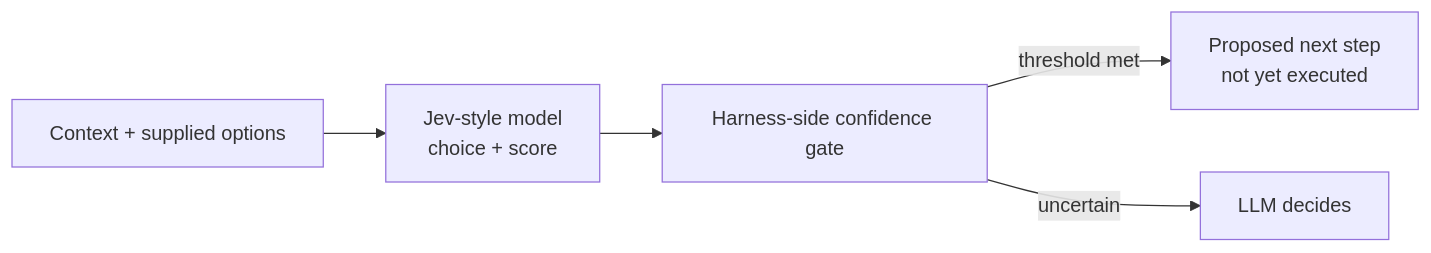
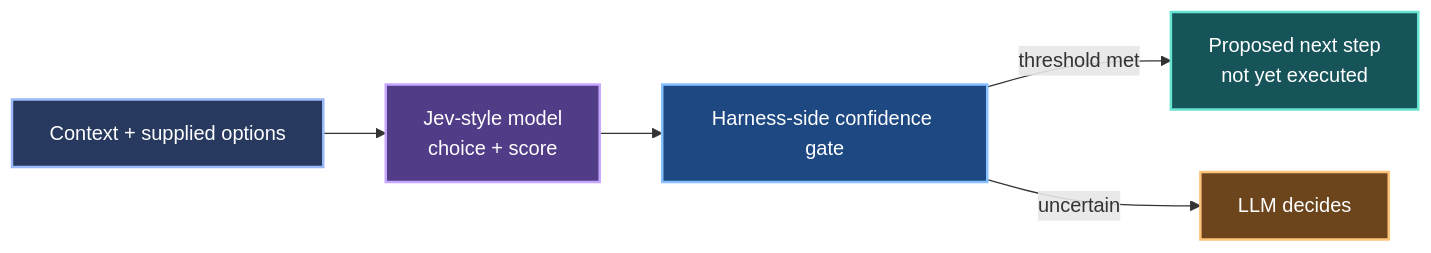
The diagram in docs/assets/concepts/jev.mmd (braventechcn/Agent_System), drawn with Mermaid before and after one commit. The commit also changed 14 other files, not shown here.

Commit message:
Render colored concept diagrams from Mermaid sources

```diff
--- a/docs/assets/concepts/jev.mmd
+++ b/docs/assets/concepts/jev.mmd
@@ -1,6 +1,16 @@
 flowchart LR
     O["Context + supplied options"] --> J["Jev-style model<br/>choice + score"]
     J --> G["Harness-side confidence gate"]
     G -->|threshold met| N["Proposed next step<br/>not yet executed"]
     G -->|uncertain| L["LLM decides"]
     %% The threshold and fallback policy are design choices to evaluate.
+    classDef input fill:#28395f,stroke:#9bb8f8,color:#ffffff,stroke-width:2px
+    classDef jev fill:#513c87,stroke:#c6a7ff,color:#ffffff,stroke-width:2px
+    classDef gate fill:#1d4882,stroke:#87c0ff,color:#ffffff,stroke-width:2px
+    classDef next fill:#16545a,stroke:#67e3d1,color:#ffffff,stroke-width:2px
+    classDef fallback fill:#6c451d,stroke:#ffc47b,color:#ffffff,stroke-width:2px
+    class O input
+    class J jev
+    class G gate
+    class N next
+    class L fallback
```
